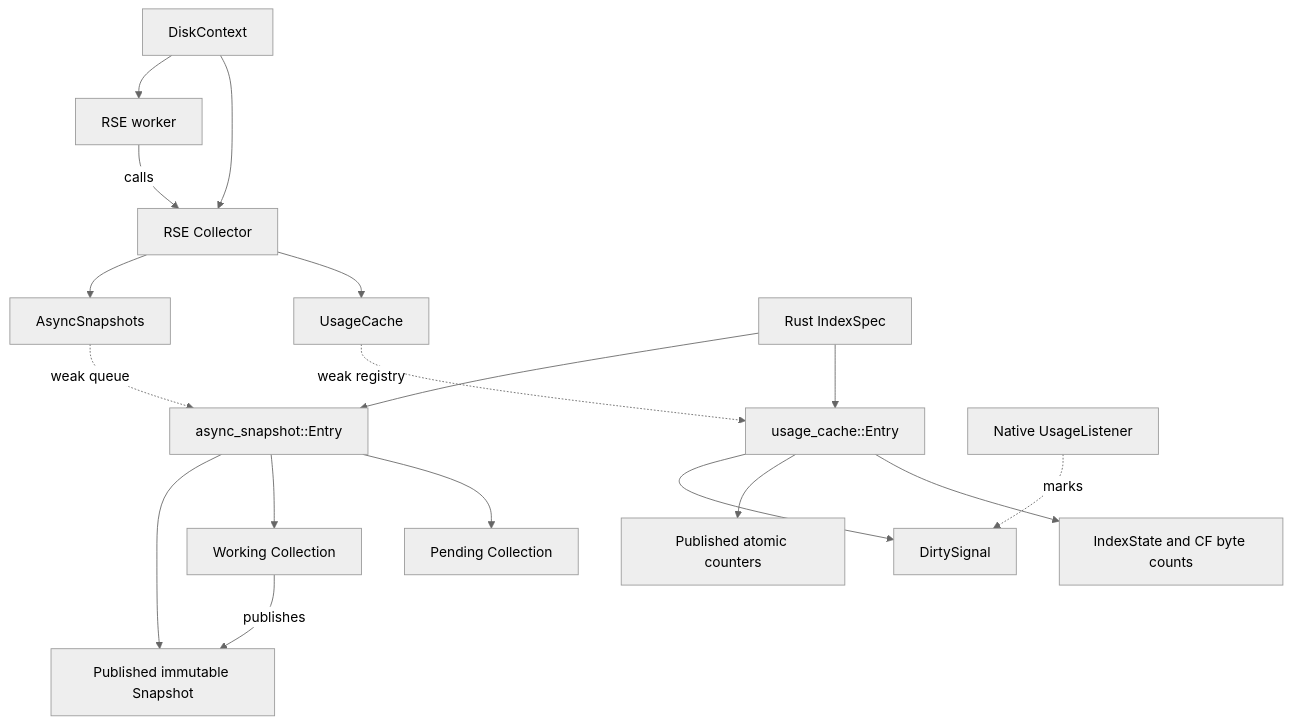
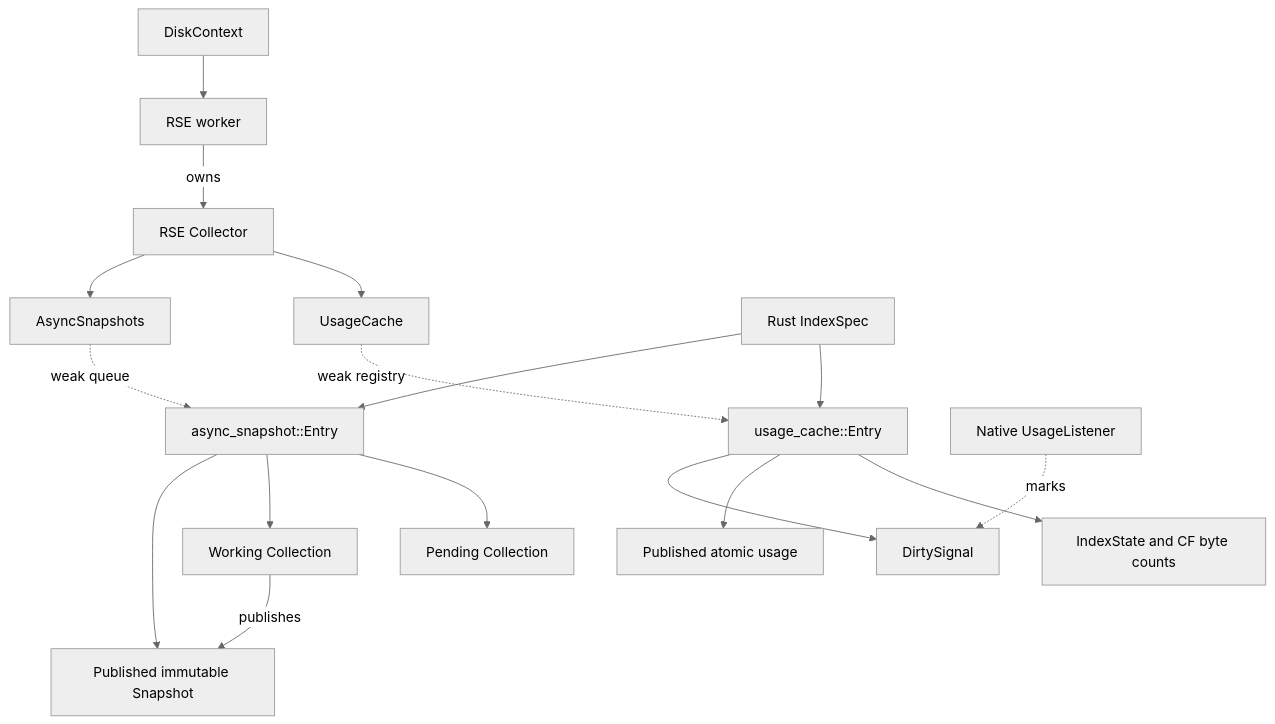
Before and after one commit to RediSearch/RediSearch: the diagram in docs/design/mod-18033-search-only-cache.md, drawn with Mermaid (neutral theme). The commit also changed other lines of this file, not shown here.

Commit message:
Clarify collector ownership and coherent category publication

````diff
--- a/docs/design/mod-18033-search-only-cache.md
+++ b/docs/design/mod-18033-search-only-cache.md
@@ -108,20 +112,19 @@
 ```mermaid
 flowchart TD
-    Context[DiskContext] --> Collector[RSE Collector]
-    Context --> Worker
-    Worker[RSE worker] -->|calls| Collector
+    Context[DiskContext] --> Worker
+    Worker[RSE worker] -->|owns| Collector[RSE Collector]
     Collector --> Usage[UsageCache]
     Collector --> Diagnostics[AsyncSnapshots]
     Index[Rust IndexSpec] --> UsageEntry[usage_cache::Entry]
     Index --> DE[async_snapshot::Entry]
     Usage -. weak registry .-> UsageEntry
     Diagnostics -. weak queue .-> DE
     UsageEntry --> State[IndexState and CF byte counts]
-    UsageEntry --> Counters[Published atomic counters]
+    UsageEntry --> Counters[Published atomic usage]
     DE --> Pending[Pending Collection]
     DE --> Working[Working Collection]
     DE --> Published[Published immutable Snapshot]
     Working -->|publishes| Published
     Listener[Native UsageListener] -. marks .-> Signal[DirtySignal]
     UsageEntry --> Signal
 ```
````
